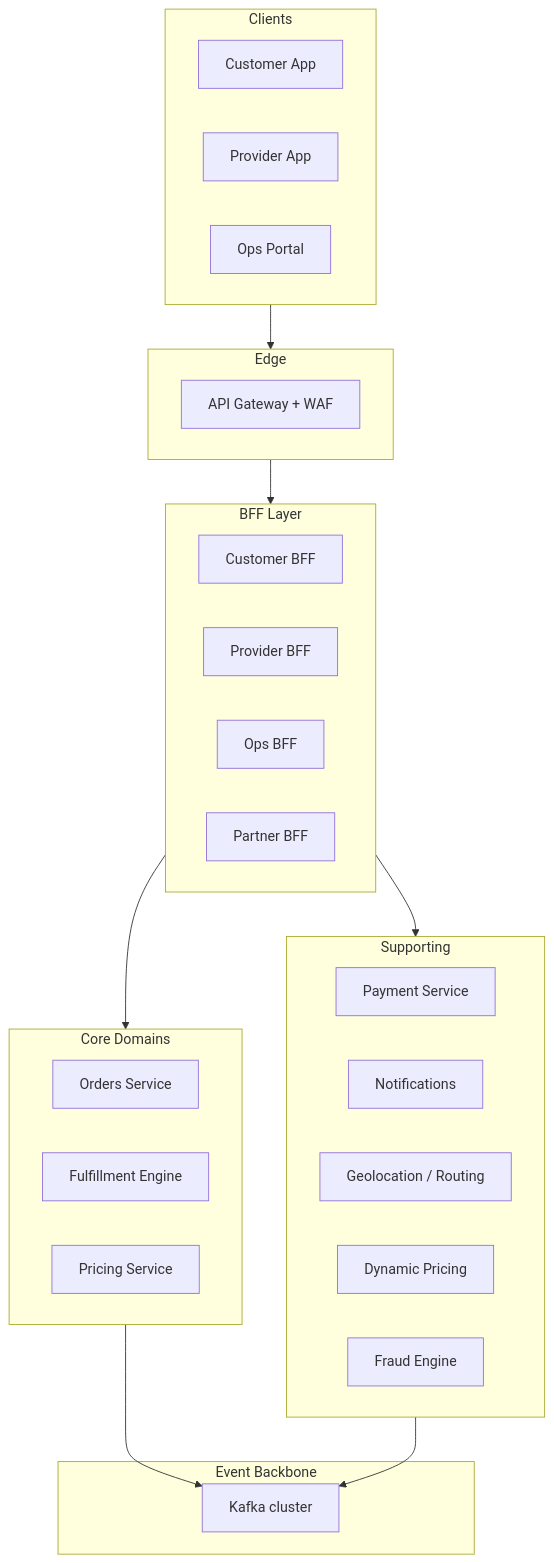
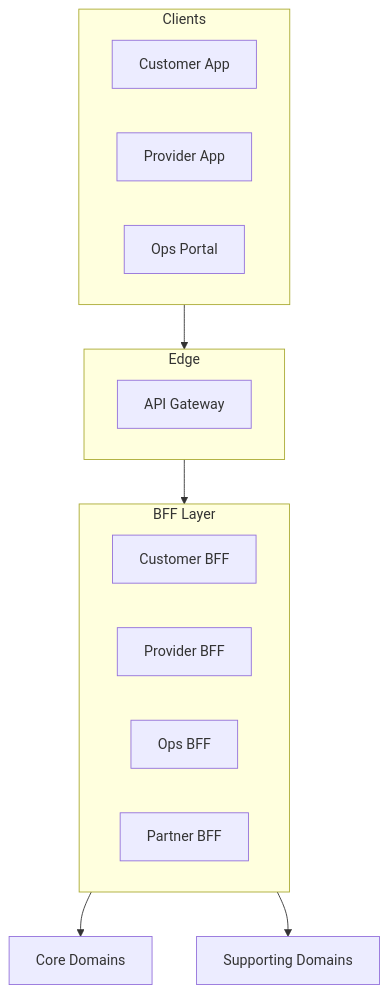
The first of 3 diagrams in 02-architecture-and-api/01-system-architecture.md (rishikeshdhokare/platform-manifesto), drawn with Mermaid before and after one commit. The commit also changed 12 other files, not shown here.

First line of the commit message:
fix: refactor Mermaid diagrams for compliance (#135)

````diff
--- a/02-architecture-and-api/01-system-architecture.md
+++ b/02-architecture-and-api/01-system-architecture.md
@@ -69,38 +69,24 @@
 ```mermaid
 flowchart TB
     subgraph clients [Clients]
         CustomerApp[Customer App]
         ProviderApp[Provider App]
         OpsPortal[Ops Portal]
     end
     subgraph gateway [Edge]
-        APIGW[API Gateway + WAF]
+        APIGW[API Gateway]
     end
     subgraph bffs [BFF Layer]
         CustBFF[Customer BFF]
         ProvBFF[Provider BFF]
         OpsBFF[Ops BFF]
         PartBFF[Partner BFF]
     end
-    subgraph core [Core Domains]
-        Orders[Orders Service]
-        Fulfill[Fulfillment Engine]
-        Pricing[Pricing Service]
-    end
-    subgraph support [Supporting]
-        Payments[Payment Service]
-        Notif[Notifications]
-        GeoRoute[Geolocation / Routing]
-        DynPrice[Dynamic Pricing]
-        Fraud[Fraud Engine]
-    end
-    subgraph backbone [Event Backbone]
-        Kafka[Kafka cluster]
-    end
+    coreDomains[Core Domains]
+    supportDomains[Supporting Domains]
+
     clients --> gateway
     gateway --> bffs
-    bffs --> core
-    bffs --> support
-    core --> Kafka
-    support --> Kafka
+    bffs --> coreDomains
+    bffs --> supportDomains
 ```
````
